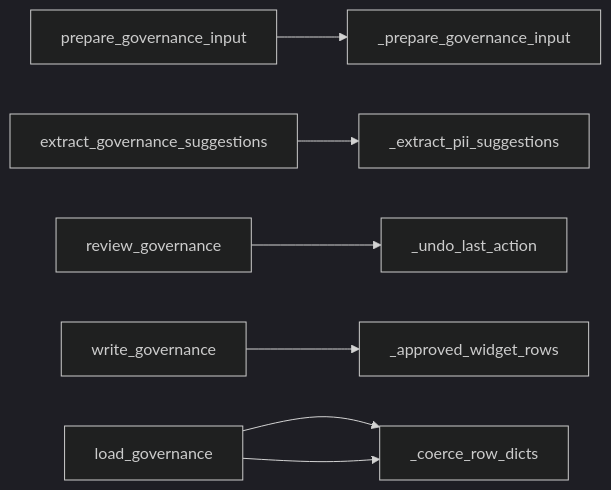
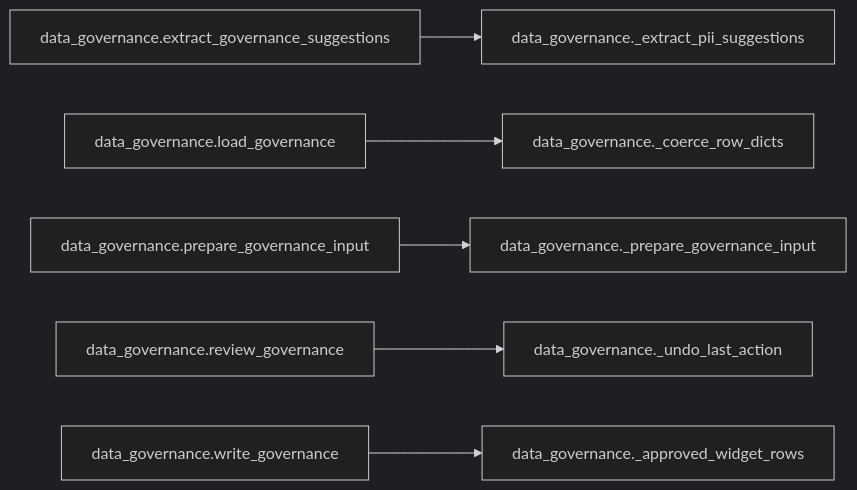
Before and after one commit to Voycepeh/FabricOps-Starter-Kit: the first of 2 diagrams in docs/api/modules/data_governance.md, drawn with Mermaid (dark theme). The commit also changed other lines of this file and 14 other files, not shown here.

Commit message:
Polish dependency graph rendering and module docs UX

````diff
--- a/docs/api/modules/data_governance.md
+++ b/docs/api/modules/data_governance.md
@@ -44,9 +42,8 @@
 ```mermaid
 flowchart LR
-  prepare_governance_input --> _prepare_governance_input
-  extract_governance_suggestions --> _extract_pii_suggestions
-  review_governance --> _undo_last_action
-  write_governance --> _approved_widget_rows
-  load_governance --> _coerce_row_dicts
-  load_governance --> _coerce_row_dicts
+  n1["data_governance.extract_governance_suggestions"] --> n1b["data_governance._extract_pii_suggestions"]
+  n2["data_governance.load_governance"] --> n2b["data_governance._coerce_row_dicts"]
+  n3["data_governance.prepare_governance_input"] --> n3b["data_governance._prepare_governance_input"]
+  n4["data_governance.review_governance"] --> n4b["data_governance._undo_last_action"]
+  n5["data_governance.write_governance"] --> n5b["data_governance._approved_widget_rows"]
 ```
````
